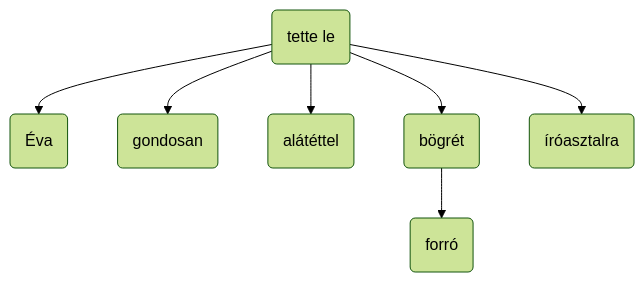
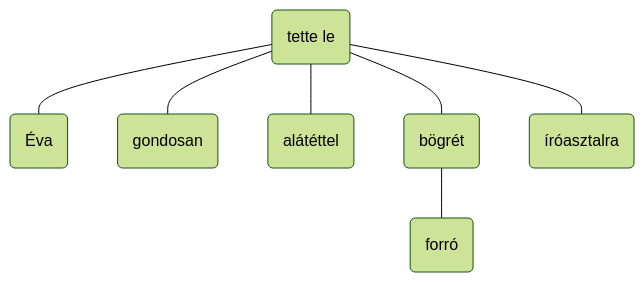
The first of 2 diagrams in Nyelvtan/Tételek/13. Az egyszerű és összetett mondatok.md (Palacsinta002/12.C_Erettsegi), drawn with Mermaid (forest theme) before and after one commit. The commit also changed other lines of this file and 11 other files, not shown here.

````diff
--- a/Nyelvtan/Tételek/13. Az egyszerű és összetett mondatok.md
+++ b/Nyelvtan/Tételek/13. Az egyszerű és összetett mondatok.md
@@ -37,20 +37,20 @@
 ```mermaid
 graph TD;
 
 1(Éva)
 2(gondosan)
 3(alátéttel)
 4(tette le)
 5(forró)
 6(bögrét)
 7(íróasztalra)
 
-4-->1
-4-->2
-4-->3
-4-->6
-4-->7
+4---1
+4---2
+4---3
+4---6
+4---7
 
-6-->5
+6---5
 
 ```
````
